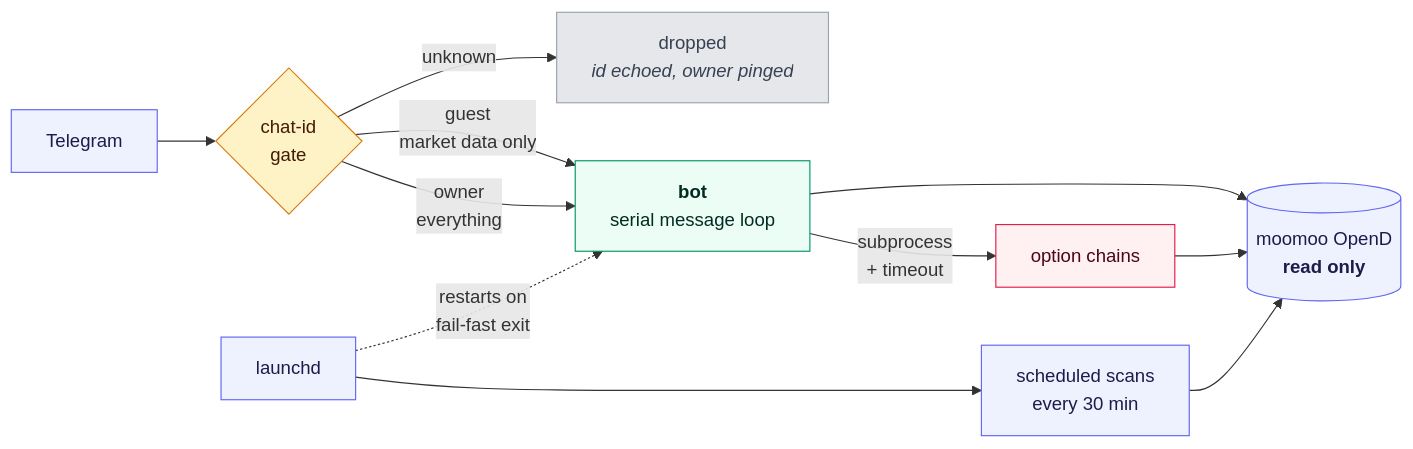
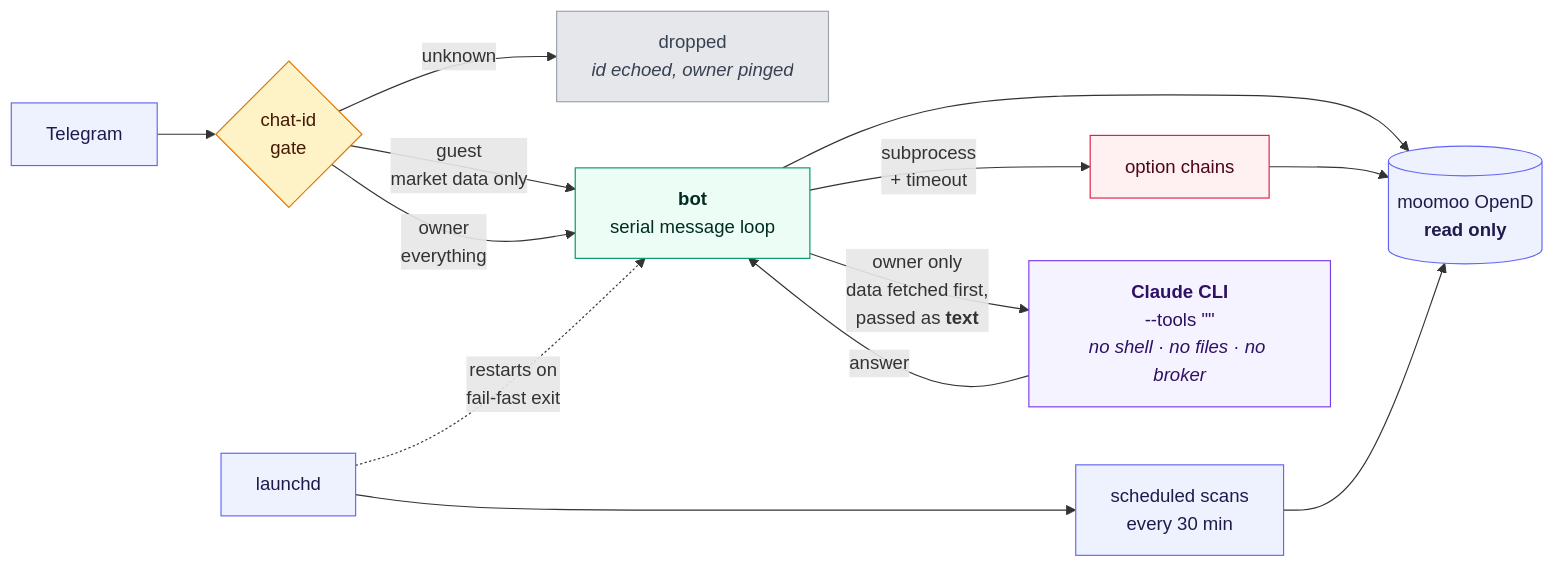
Before and after one commit to derricktan91/moomoo-wheel-bot: the diagram in README.md, drawn with Mermaid. The commit also changed other lines of this file, not shown here.

First line of the commit message:
README: show the LLM path in the architecture diagram

````diff
--- a/README.md
+++ b/README.md
@@ -173,26 +173,31 @@
 ```mermaid
 flowchart LR
     tg["Telegram"] --> gate{"chat-id<br/>gate"}
     gate -- "unknown" --> drop["dropped<br/><i>id echoed, owner pinged</i>"]
     gate -- "guest<br/>market data only" --> bot
     gate -- "owner<br/>everything" --> bot["<b>bot</b><br/>serial message loop"]
 
     bot -- "subprocess<br/>+ timeout" --> chains["option chains"]
     bot --> opend[("moomoo OpenD<br/><b>read only</b>")]
     chains --> opend
     scan["scheduled scans<br/>every 30 min"] --> opend
 
+    bot -- "owner only<br/>data fetched first,<br/>passed as <b>text</b>" --> claude["<b>Claude CLI</b><br/>--tools &quot;&quot;<br/><i>no shell · no files · no broker</i>"]
+    claude -- "answer" --> bot
+
     launchd["launchd"] -. "restarts on<br/>fail-fast exit" .-> bot
     launchd --> scan
 
     classDef ext fill:#eef2ff,stroke:#6366f1,color:#1e1b4b
     classDef gate fill:#fef3c7,stroke:#d97706,color:#451a03
     classDef core fill:#ecfdf5,stroke:#059669,color:#022c22
     classDef iso fill:#fff1f2,stroke:#e11d48,color:#4c0519
     classDef drop fill:#e5e7eb,stroke:#9ca3af,color:#374151
+    classDef ai fill:#f5f3ff,stroke:#7c3aed,color:#2e1065
     class tg,opend,launchd,scan ext
     class gate gate
     class bot core
     class chains iso
     class drop drop
+    class claude ai
 ```
````
